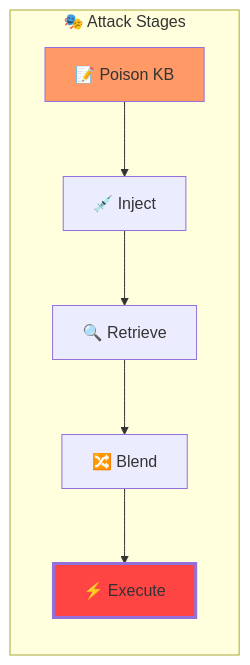
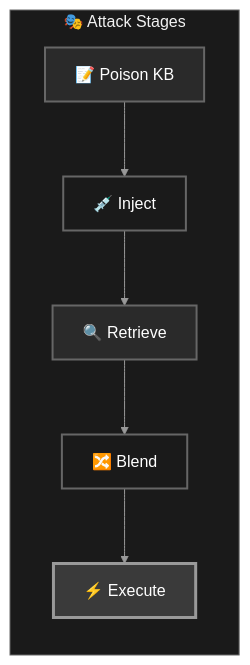
Before and after one commit to mbhatt1/agentic_lpci_framework: the fifth of 7 diagrams in lpci_output/LPCI_ANALYSIS_REPORT.md, drawn with Mermaid. The commit also changed other lines of this file and 3 other files, not shown here.

````diff
--- a/lpci_output/LPCI_ANALYSIS_REPORT.md
+++ b/lpci_output/LPCI_ANALYSIS_REPORT.md
@@ -202,12 +242,36 @@
 ```mermaid
+%%{init: {
+  'theme': 'base',
+  'themeVariables': {
+    'primaryColor': '#000000',
+    'primaryTextColor': '#ffffff',
+    'primaryBorderColor': '#666666',
+    'lineColor': '#999999',
+    'background': '#000000',
+    'mainBkg': '#1a1a1a',
+    'secondBkg': '#2a2a2a',
+    'tertiaryBkg': '#3a3a3a',
+    'clusterBkg': '#1a1a1a',
+    'clusterBorder': '#666666',
+    'labelBackground': '#000000',
+    'textColor': '#ffffff',
+    'nodeBkg': '#1a1a1a',
+    'nodeTextColor': '#ffffff',
+    'edgeLabelBackground': '#1a1a1a',
+    'edgeColor': '#666666'
+  }
+}}%%
 flowchart LR
     subgraph "🎭 Attack Stages"
         P[📝 Poison KB] --> I[💉 Inject]
         I --> R[🔍 Retrieve]
         R --> B[🔀 Blend]
         B --> E[⚡ Execute]
     end
     
-    style P fill:#f96
-    style E fill:#f44,stroke-width:3px
+    style P fill:#2a2a2a,stroke:#666666,stroke-width:2px,color:#ffffff
+    style I fill:#1a1a1a,stroke:#666666,stroke-width:2px,color:#ffffff
+    style R fill:#2a2a2a,stroke:#666666,stroke-width:2px,color:#ffffff
+    style B fill:#1a1a1a,stroke:#666666,stroke-width:2px,color:#ffffff
+    style E fill:#3a3a3a,stroke:#999999,stroke-width:3px,color:#ffffff
 ```
````
